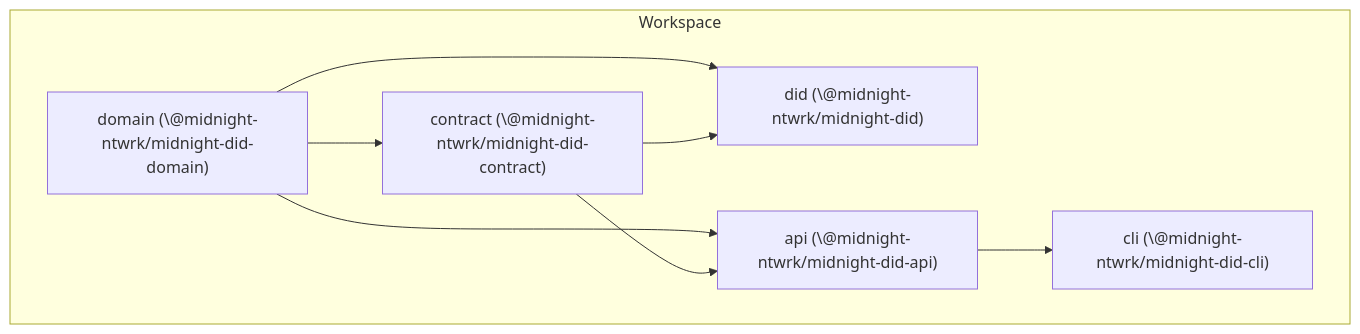
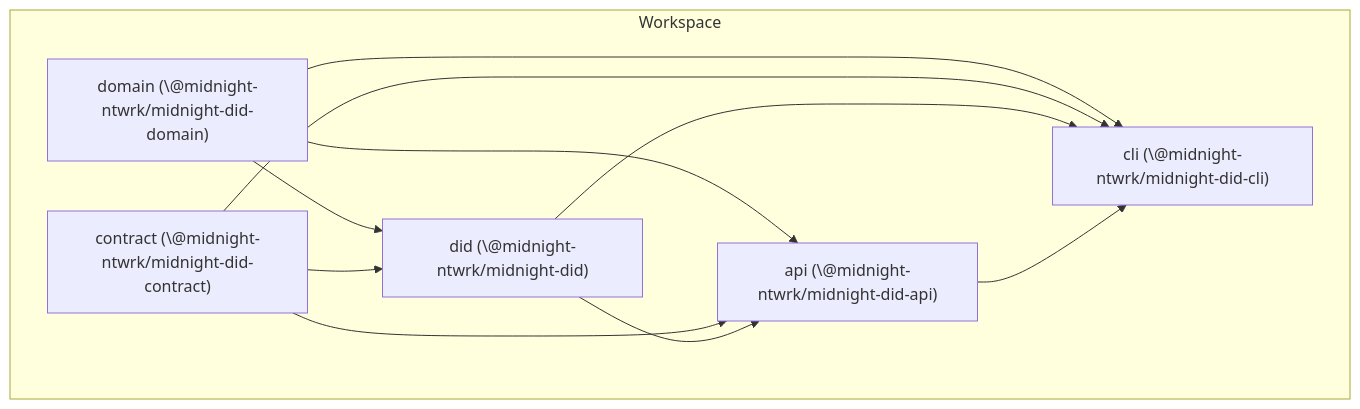
The diagram in README.md (midnightntwrk/midnight-did), drawn with Mermaid before and after one commit. The commit also changed 15 other files, not shown here.

````diff
--- a/README.md
+++ b/README.md
@@ -23,17 +23,20 @@
 ```mermaid
 graph TD
   subgraph Workspace
     domain["domain (\@midnight-ntwrk/midnight-did-domain)"]
     contract["contract (\@midnight-ntwrk/midnight-did-contract)"]
     did["did (\@midnight-ntwrk/midnight-did)"]
     api["api (\@midnight-ntwrk/midnight-did-api)"]
     cli["cli (\@midnight-ntwrk/midnight-did-cli)"]
   end
 
-  domain --> contract
   domain --> did
+  domain --> api
+  domain --> cli
   contract --> did
-  domain --> api
   contract --> api
+  contract --> cli
+  did --> api
+  did --> cli
   api --> cli
 ```
````
